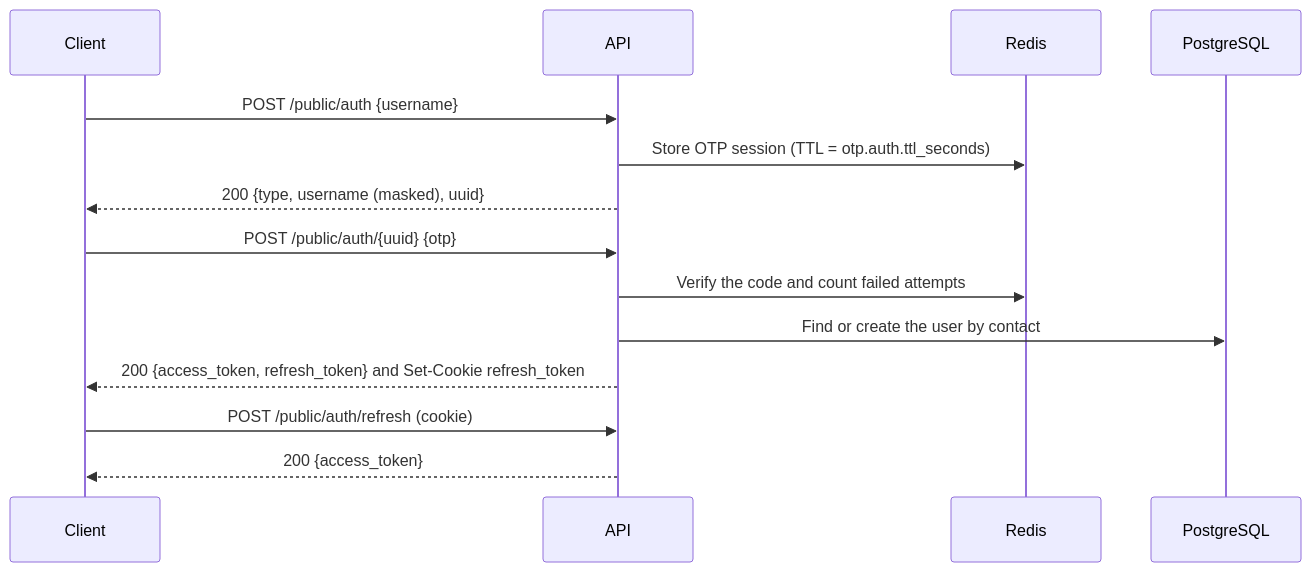
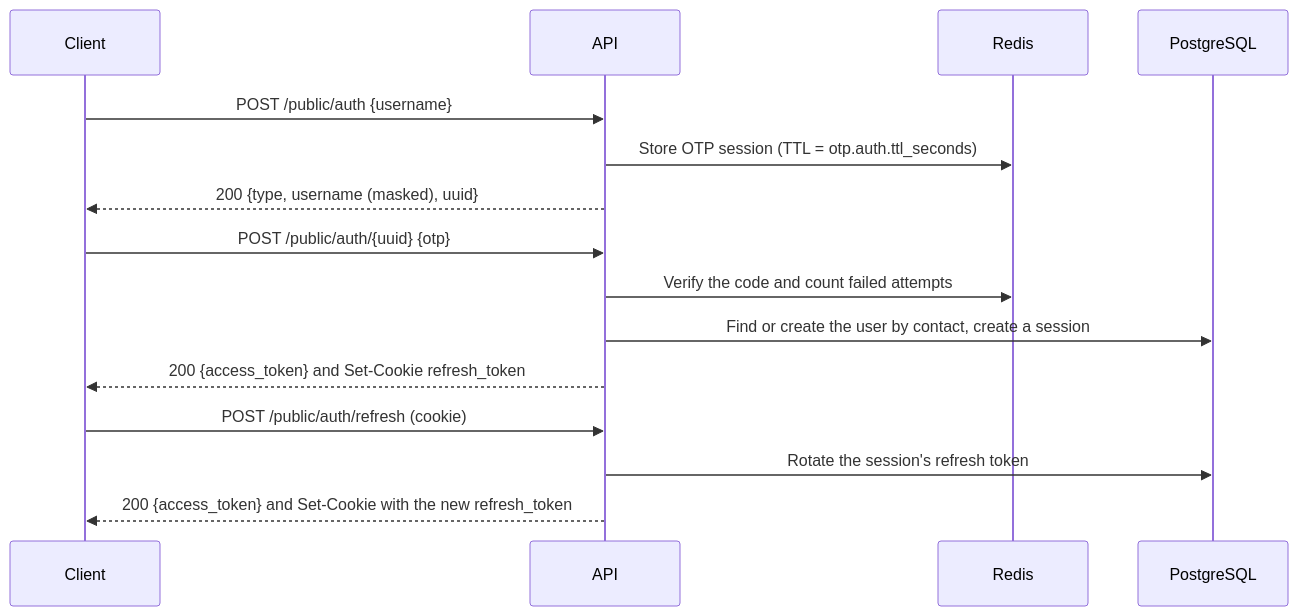
One commit to mdastpak/Crypto-Exchange changed the diagram in docs/api.md. Above: the diagram before and after it, drawn with Mermaid. The commit also changed other lines of this file and 14 other files, not shown here.

````diff
--- a/docs/api.md
+++ b/docs/api.md
@@ -43,16 +48,17 @@
 ```mermaid
 sequenceDiagram
     participant C as Client
     participant A as API
     participant R as Redis
     participant P as PostgreSQL
     C->>A: POST /public/auth {username}
     A->>R: Store OTP session (TTL = otp.auth.ttl_seconds)
     A-->>C: 200 {type, username (masked), uuid}
     C->>A: POST /public/auth/{uuid} {otp}
     A->>R: Verify the code and count failed attempts
-    A->>P: Find or create the user by contact
-    A-->>C: 200 {access_token, refresh_token} and Set-Cookie refresh_token
+    A->>P: Find or create the user by contact, create a session
+    A-->>C: 200 {access_token} and Set-Cookie refresh_token
     C->>A: POST /public/auth/refresh (cookie)
-    A-->>C: 200 {access_token}
+    A->>P: Rotate the session's refresh token
+    A-->>C: 200 {access_token} and Set-Cookie with the new refresh_token
 ```
````
